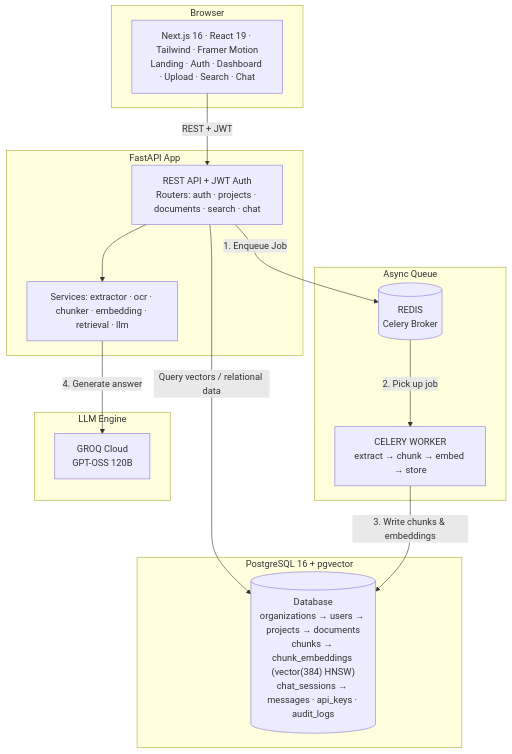
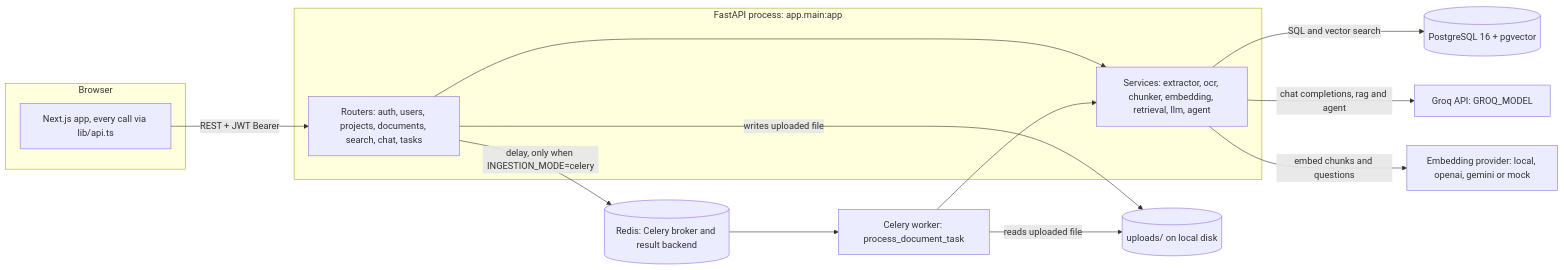
Before and after one commit to dhanoliya-ji/DOCMINDS: the first of 2 diagrams in README.md, drawn with Mermaid. The commit also changed other lines of this file and 44 other files, not shown here.

````diff
--- a/README.md
+++ b/README.md
@@ -186,32 +29,27 @@
 ```mermaid
-flowchart TD
-    subgraph Frontend["Browser"]
-        UI["Next.js 16 · React 19 · Tailwind · Framer Motion<br/>Landing · Auth · Dashboard · Upload · Search · Chat"]
+flowchart LR
+    subgraph BROWSER["Browser"]
+        UI["Next.js app, every call via lib/api.ts"]
     end
+    subgraph APIPROC["FastAPI process: app.main:app"]
+        ROUTERS["Routers: auth, users, projects, documents, search, chat, tasks"]
+        SERVICES["Services: extractor, ocr, chunker, embedding, retrieval, llm, agent"]
+    end
+    REDIS[("Redis: Celery broker and result backend")]
+    WORKER["Celery worker: process_document_task"]
+    PG[("PostgreSQL 16 + pgvector")]
+    DISK[("uploads/ on local disk")]
+    GROQ["Groq API: GROQ_MODEL"]
+    EMB["Embedding provider: local, openai, gemini or mock"]
 
-    subgraph BackendAPI["FastAPI App"]
-        API["REST API + JWT Auth<br/>Routers: auth · projects · documents · search · chat"]
-        SERVICES["Services: extractor · ocr · chunker · embedding · retrieval · llm"]
-    end
-
-    subgraph QueueSystem["Async Queue"]
-        REDIS[("REDIS<br/>Celery Broker")]
-        WORKER["CELERY WORKER<br/>extract → chunk → embed → store"]
-    end
-
-    subgraph DatabaseLayer["PostgreSQL 16 + pgvector"]
-        DB[("Database<br/>organizations → users → projects → documents<br/>chunks → chunk_embeddings (vector(384) HNSW)<br/>chat_sessions → messages · api_keys · audit_logs")]
-    end
-
-    subgraph LLMProvider["LLM Engine"]
-        GROQ["GROQ Cloud<br/>GPT-OSS 120B"]
-    end
-
-    UI -->|"REST + JWT"| API
-    API --> SERVICES
-    API -->|"1. Enqueue Job"| REDIS
-    REDIS -->|"2. Pick up job"| WORKER
-    API -->|"Query vectors / relational data"| DB
-    WORKER -->|"3. Write chunks & embeddings"| DB
-    SERVICES -->|"4. Generate answer"| GROQ
+    UI -->|"REST + JWT Bearer"| ROUTERS
+    ROUTERS --> SERVICES
+    ROUTERS -->|"writes uploaded file"| DISK
+    ROUTERS -->|"delay, only when INGESTION_MODE=celery"| REDIS
+    REDIS --> WORKER
+    WORKER --> SERVICES
+    WORKER -->|"reads uploaded file"| DISK
+    SERVICES -->|"SQL and vector search"| PG
+    SERVICES -->|"chat completions, rag and agent"| GROQ
+    SERVICES -->|"embed chunks and questions"| EMB
 ```
````
